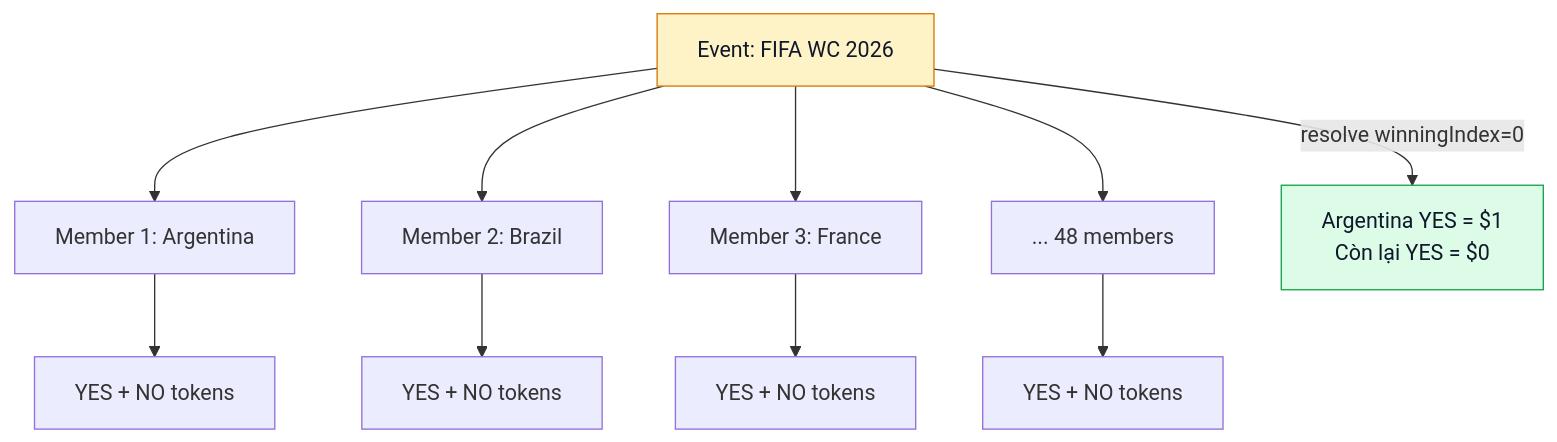
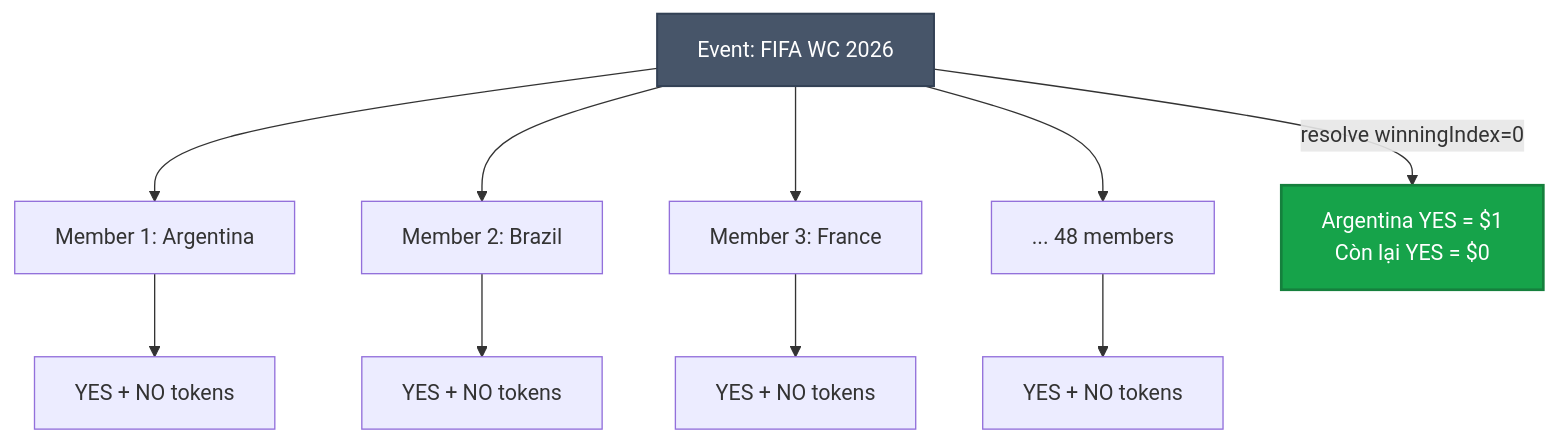
The first of 2 diagrams in vi_v6/huong-dan/event-multi-outcome.md (PrediX-Protocol/predix-docs), drawn with Mermaid before and after one commit. The commit also changed 32 other files, not shown here.

First line of the commit message:
docs(vi_v6): redesign Mermaid theme — solid mid-tone palette + dark theme

````diff
--- a/vi_v6/huong-dan/event-multi-outcome.md
+++ b/vi_v6/huong-dan/event-multi-outcome.md
@@ -13,17 +13,17 @@
 ```mermaid
 flowchart TB
     Event[Event: FIFA WC 2026] --> M1[Member 1: Argentina]
     Event --> M2[Member 2: Brazil]
     Event --> M3[Member 3: France]
     Event --> Mn[... 48 members]
     M1 --> Y1[YES + NO tokens]
     M2 --> Y2[YES + NO tokens]
     M3 --> Y3[YES + NO tokens]
     Mn --> Yn[YES + NO tokens]
     Event -->|resolve winningIndex=0| Win[Argentina YES = $1<br/>Còn lại YES = $0]
 
-    classDef ev fill:#fef3c7,stroke:#d97706,color:#0f172a
-    classDef win fill:#dcfce7,stroke:#16a34a,color:#0f172a
+    classDef ev fill:#475569,stroke:#334155,color:#fff,stroke-width:1.5px
+    classDef win fill:#16a34a,stroke:#15803d,color:#fff,stroke-width:2px
     class Event ev
     class Win win
 ```
````
